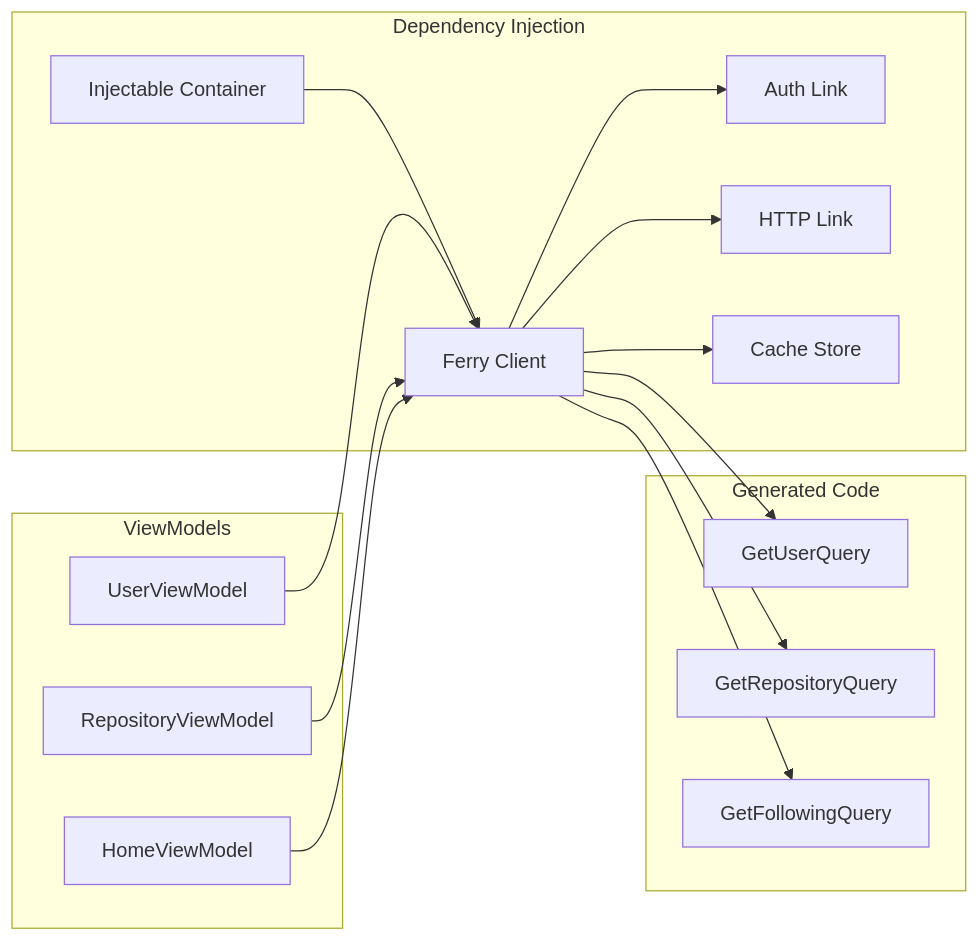
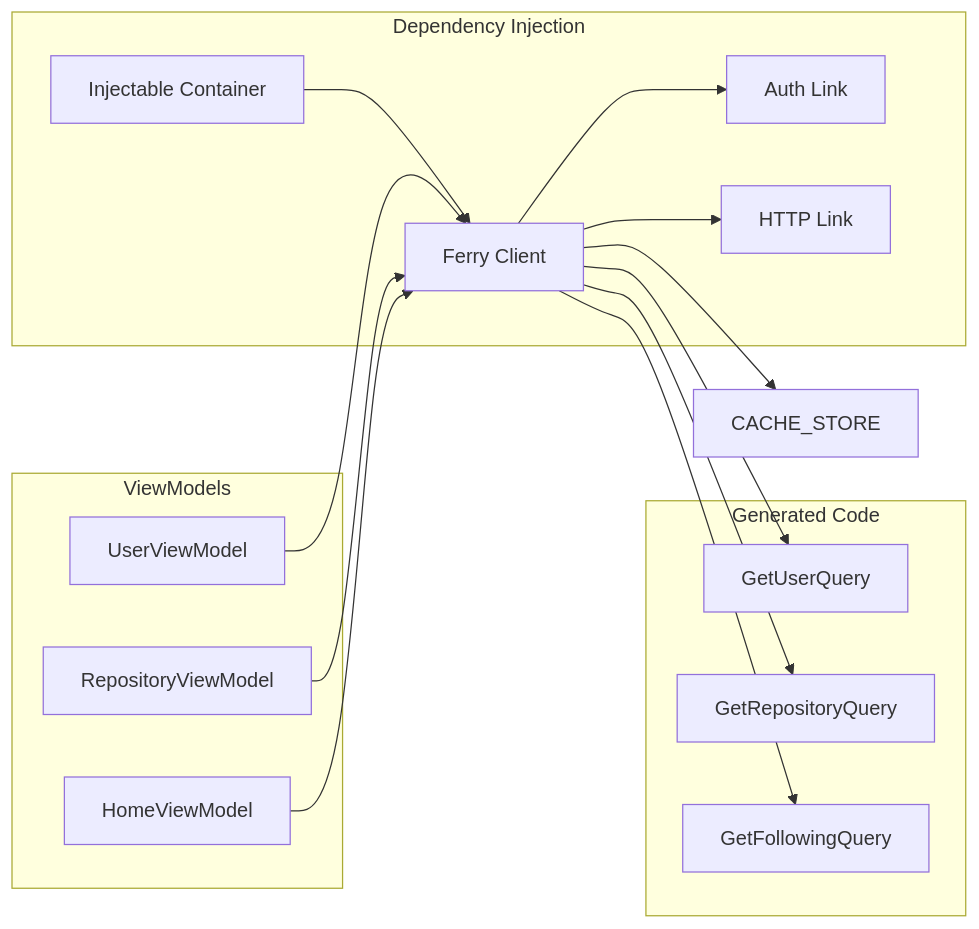
Before and after one commit to jacobdam/gh3: the second of 3 diagrams in .kiro/specs/github-graphql-ferry/design.md, drawn with Mermaid. The commit also changed other lines of this file and 3 other files, not shown here.

First line of the commit message:
refactor: remove caching strategy from GitHub GraphQL Ferry specification

````diff
--- a/.kiro/specs/github-graphql-ferry/design.md
+++ b/.kiro/specs/github-graphql-ferry/design.md
@@ -80,35 +79,34 @@
 ```mermaid
 graph LR
     subgraph "Dependency Injection"
         INJECTABLE[Injectable Container]
         FERRY_CLIENT[Ferry Client]
         AUTH_LINK[Auth Link]
         HTTP_LINK[HTTP Link]
-        CACHE_STORE[Cache Store]
     end
     
     subgraph "ViewModels"
         USER_VM[UserViewModel]
         REPO_VM[RepositoryViewModel]
         HOME_VM[HomeViewModel]
     end
     
     subgraph "Generated Code"
         USER_QUERY[GetUserQuery]
         REPO_QUERY[GetRepositoryQuery]
         FOLLOWING_QUERY[GetFollowingQuery]
     end
     
     INJECTABLE --> FERRY_CLIENT
     FERRY_CLIENT --> AUTH_LINK
     FERRY_CLIENT --> HTTP_LINK
     FERRY_CLIENT --> CACHE_STORE
     
     USER_VM --> FERRY_CLIENT
     REPO_VM --> FERRY_CLIENT
     HOME_VM --> FERRY_CLIENT
     
     FERRY_CLIENT --> USER_QUERY
     FERRY_CLIENT --> REPO_QUERY
     FERRY_CLIENT --> FOLLOWING_QUERY
 ```
````
